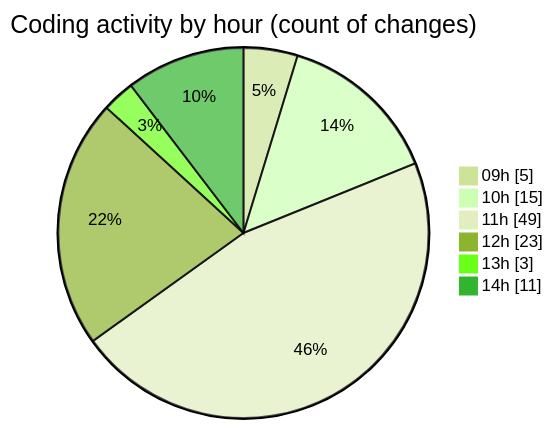
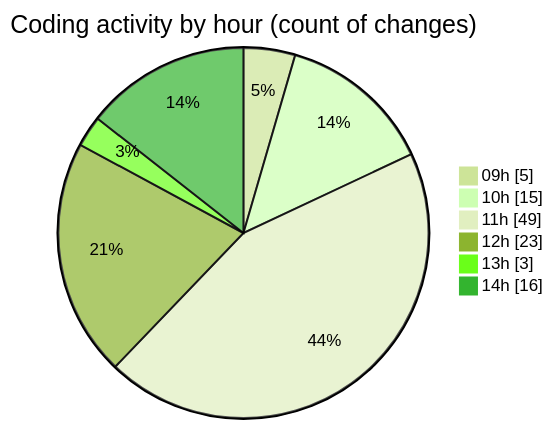
The second of 2 diagrams in 2025-06-13/ecodeli-1/README.md (CELIANVF/code-tracking), drawn with Mermaid (forest theme) before and after one commit. The commit also changed other lines of this file and 1 other file, not shown here.

````diff
--- a/2025-06-13/ecodeli-1/README.md
+++ b/2025-06-13/ecodeli-1/README.md
@@ -51,10 +54,10 @@
 ```mermaid
 pie showData
 title Coding activity by hour (count of changes)
 "09h" : 5
 "10h" : 15
 "11h" : 49
 "12h" : 23
 "13h" : 3
-"14h" : 11
+"14h" : 16
 ```
````
